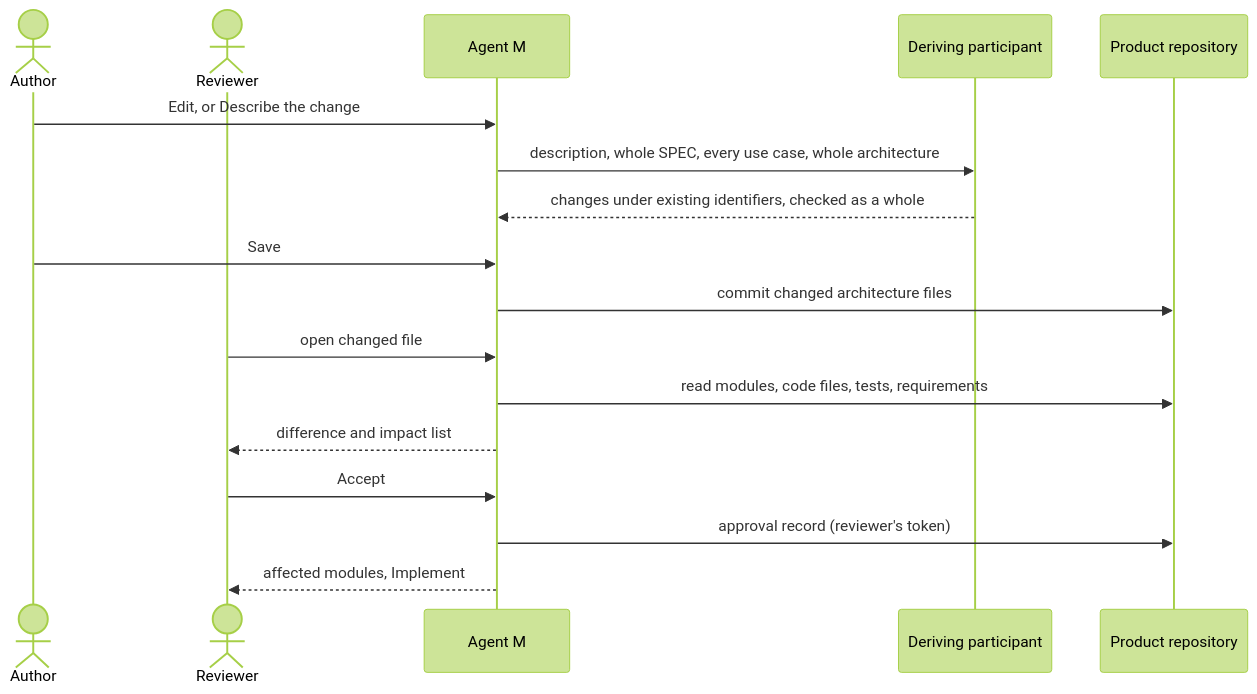
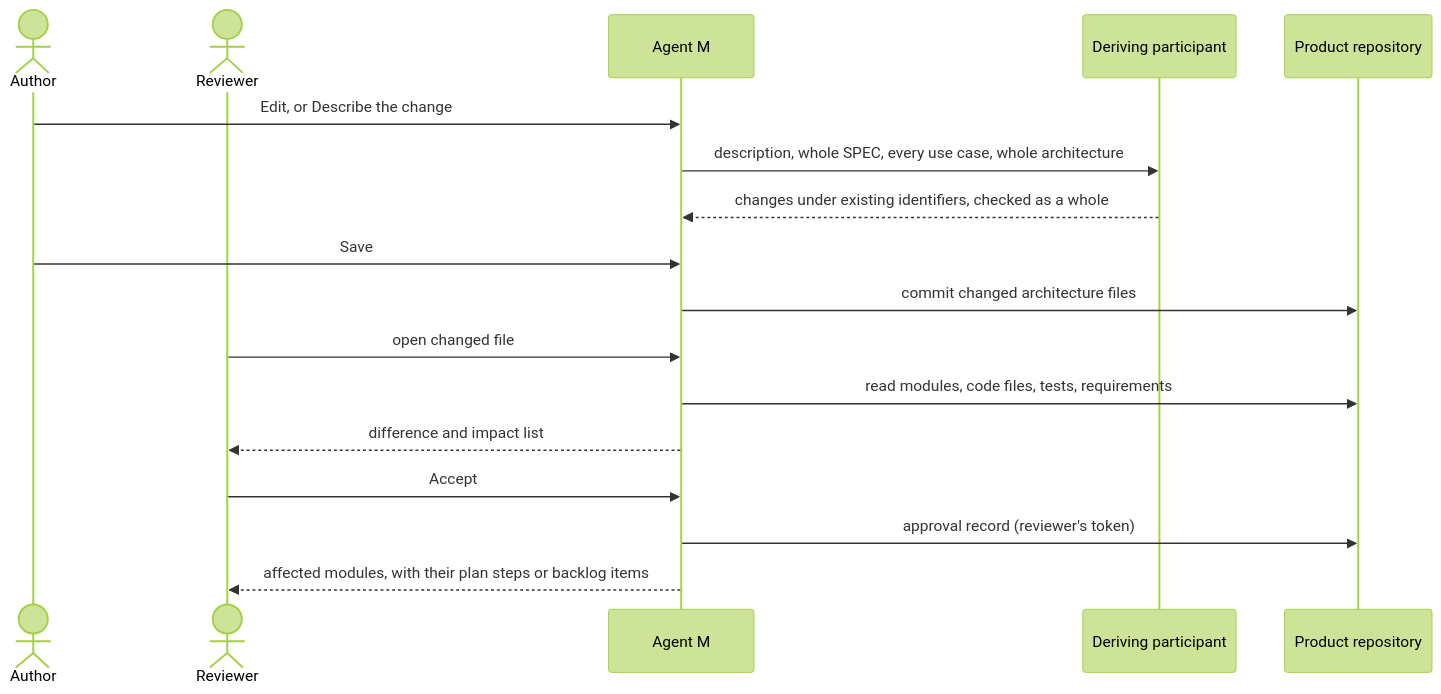
Before and after one commit to akmaier/agent-m: the diagram in docs/use-cases/UC-023-modify-the-architecture.md, drawn with Mermaid (forest theme). The commit also changed other lines of this file and 12 other files, not shown here.

````diff
--- a/docs/use-cases/UC-023-modify-the-architecture.md
+++ b/docs/use-cases/UC-023-modify-the-architecture.md
@@ -100,19 +103,19 @@
 ```mermaid
 sequenceDiagram
     actor A as Author
     actor R as Reviewer
     participant M as Agent M
     participant P as Deriving participant
     participant G as Product repository
     A->>M: Edit, or Describe the change
     M->>P: description, whole SPEC, every use case, whole architecture
     P-->>M: changes under existing identifiers, checked as a whole
     A->>M: Save
     M->>G: commit changed architecture files
     R->>M: open changed file
     M->>G: read modules, code files, tests, requirements
     M-->>R: difference and impact list
     R->>M: Accept
     M->>G: approval record (reviewer's token)
-    M-->>R: affected modules, Implement
+    M-->>R: affected modules, with their plan steps or backlog items
 ```
````
